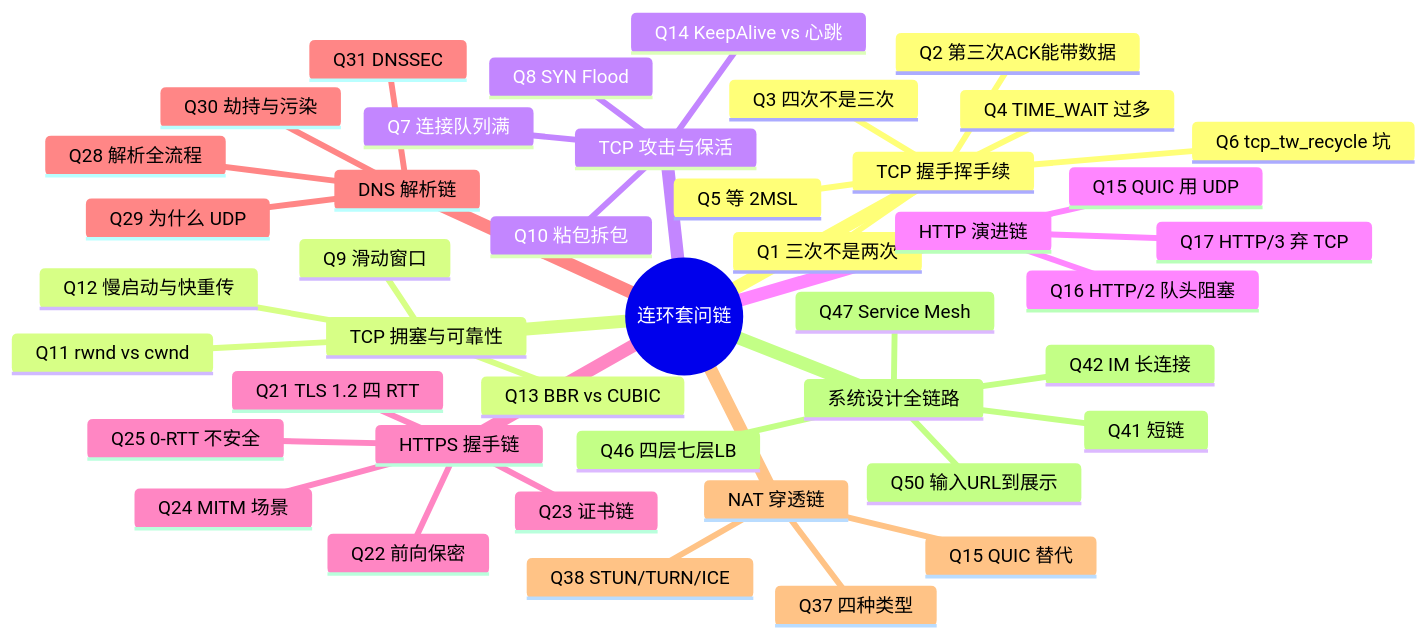
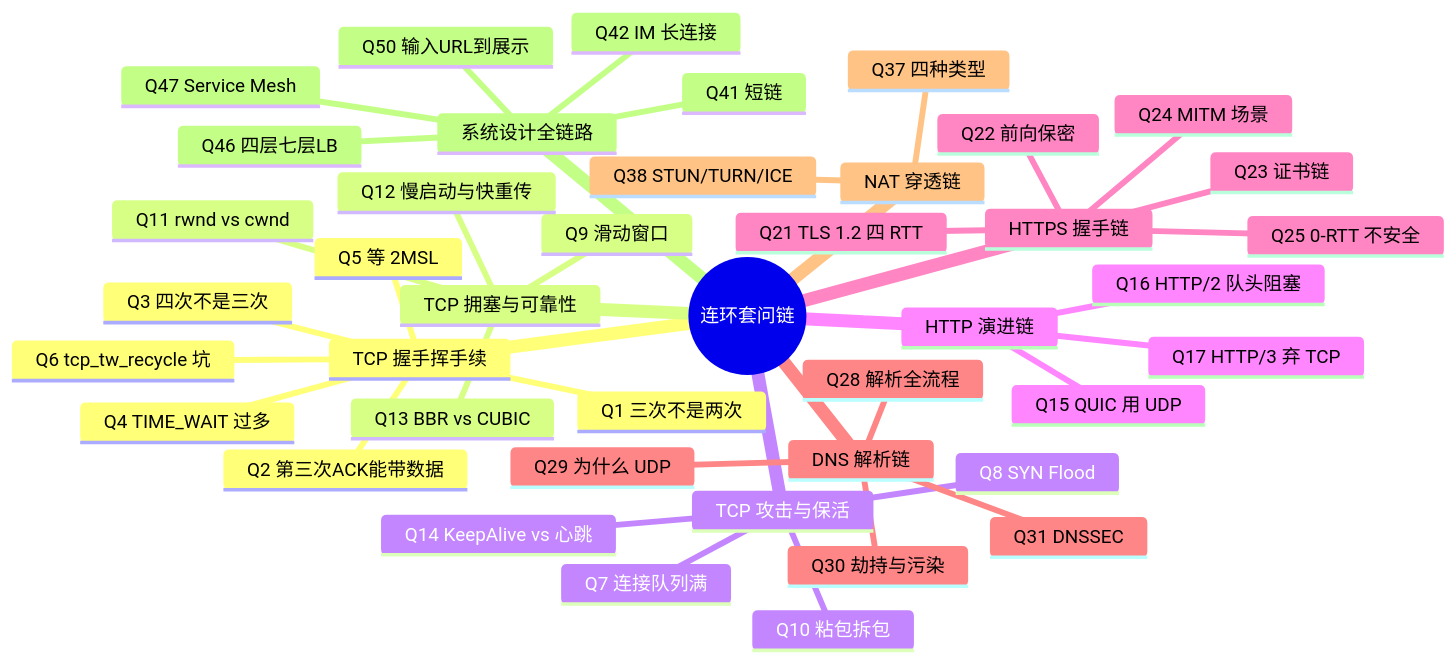
One commit to yintp/glory changed the diagram in ops/network/06-interview-qa.md. Above: the diagram before and after it, drawn with Mermaid. The commit also changed other lines of this file, not shown here.

First line of the commit message:
docs(network): 修复 06-interview-qa 锚点 404 与 Mermaid 重复项

````diff
--- a/ops/network/06-interview-qa.md
+++ b/ops/network/06-interview-qa.md
@@ -359,46 +359,45 @@
 ```mermaid
 mindmap
   root((连环套问链))
     TCP 握手挥手续
       Q1 三次不是两次
       Q2 第三次ACK能带数据
       Q3 四次不是三次
       Q4 TIME_WAIT 过多
       Q5 等 2MSL
       Q6 tcp_tw_recycle 坑
     TCP 拥塞与可靠性
       Q9 滑动窗口
       Q11 rwnd vs cwnd
       Q12 慢启动与快重传
       Q13 BBR vs CUBIC
     TCP 攻击与保活
       Q7 连接队列满
       Q8 SYN Flood
       Q14 KeepAlive vs 心跳
       Q10 粘包拆包
     HTTP 演进链
       Q16 HTTP/2 队头阻塞
       Q17 HTTP/3 弃 TCP
       Q15 QUIC 用 UDP
     HTTPS 握手链
       Q21 TLS 1.2 四 RTT
       Q22 前向保密
       Q25 0-RTT 不安全
       Q23 证书链
       Q24 MITM 场景
     DNS 解析链
       Q28 解析全流程
       Q29 为什么 UDP
       Q30 劫持与污染
       Q31 DNSSEC
     NAT 穿透链
       Q37 四种类型
       Q38 STUN/TURN/ICE
-      Q15 QUIC 替代
     系统设计全链路
       Q50 输入URL到展示
       Q41 短链
       Q42 IM 长连接
       Q46 四层七层LB
       Q47 Service Mesh
 ```
````
